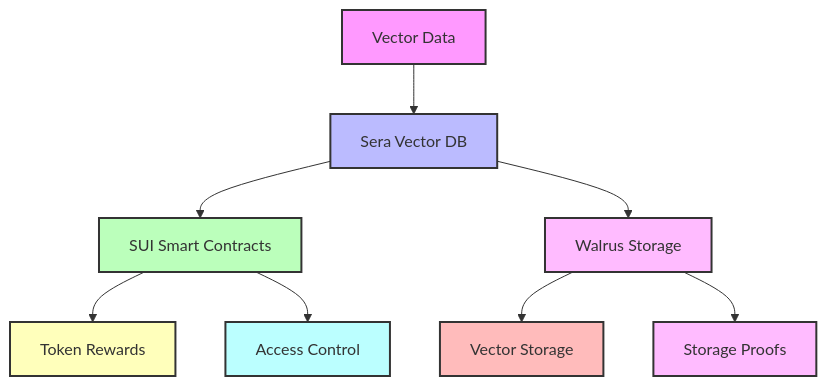
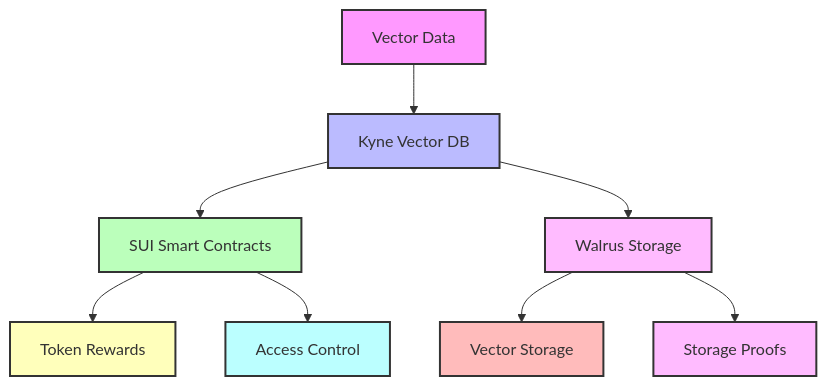
Before and after one commit to RivenLSCP/docs: the diagram in technical/vector-database.mdx, drawn with Mermaid. The commit also changed other lines of this file and 12 other files, not shown here.

````diff
--- a/technical/vector-database.mdx
+++ b/technical/vector-database.mdx
@@ -34,19 +34,19 @@
 ```mermaid
 graph TD
-    A[Vector Data] --> B[Sera Vector DB]
+    A[Vector Data] --> B[Kyne Vector DB]
     B --> C[SUI Smart Contracts]
     B --> D[Walrus Storage]
     C --> E[Token Rewards]
     C --> F[Access Control]
     D --> G[Vector Storage]
     D --> H[Storage Proofs]
 
     style A fill:#f9f,stroke:#333,stroke-width:2px
     style B fill:#bbf,stroke:#333,stroke-width:2px
     style C fill:#bfb,stroke:#333,stroke-width:2px
     style D fill:#fbf,stroke:#333,stroke-width:2px
     style E fill:#ffb,stroke:#333,stroke-width:2px
     style F fill:#bff,stroke:#333,stroke-width:2px
     style G fill:#fbb,stroke:#333,stroke-width:2px
     style H fill:#fbf,stroke:#333,stroke-width:2px
 ```
````
